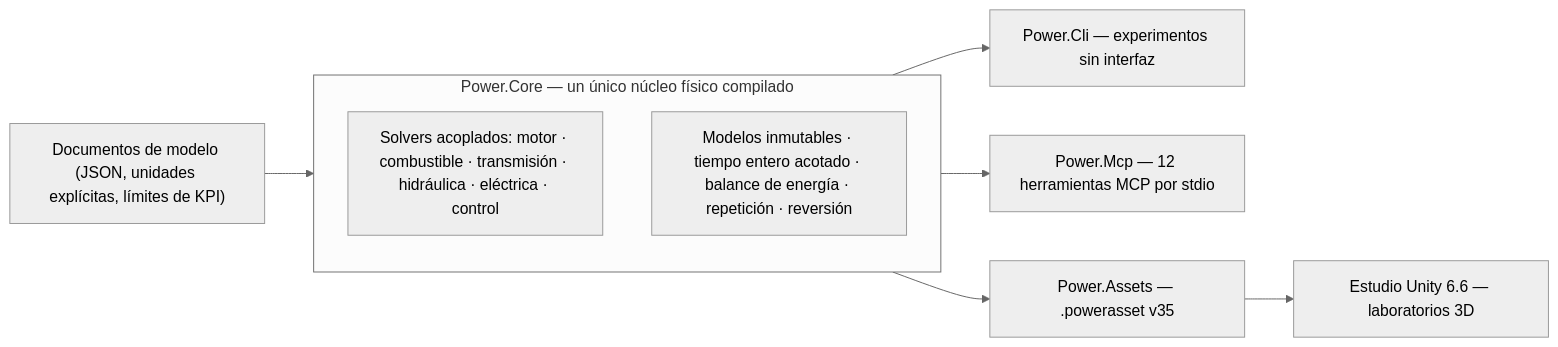
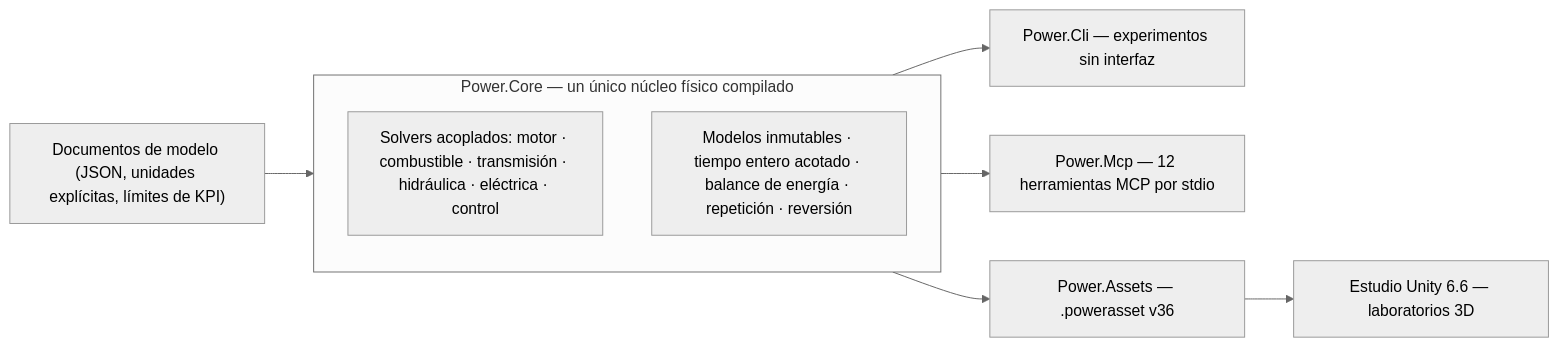
Before and after one commit to Water-Run/Power: the diagram in README.es.md, drawn with Mermaid (neutral theme). The commit also changed other lines of this file and 233 other files, not shown here.

````diff
--- a/README.es.md
+++ b/README.es.md
@@ -13,18 +13,18 @@
 ```mermaid
 flowchart LR
     model["Documentos de modelo (JSON, unidades explícitas, límites de KPI)"]
     subgraph core["Power.Core — un único núcleo físico compilado"]
         solvers["Solvers acoplados: motor · combustible · transmisión · hidráulica · eléctrica · control"]
         invariants["Modelos inmutables · tiempo entero acotado · balance de energía · repetición · reversión"]
     end
     cli["Power.Cli — experimentos sin interfaz"]
     mcp["Power.Mcp — 12 herramientas MCP por stdio"]
-    assets["Power.Assets — .powerasset v35"]
+    assets["Power.Assets — .powerasset v36"]
     unity["Estudio Unity 6.6 — laboratorios 3D"]
 
     model --> core
     core --> cli
     core --> mcp
     core --> assets
     assets --> unity
 ```
````
